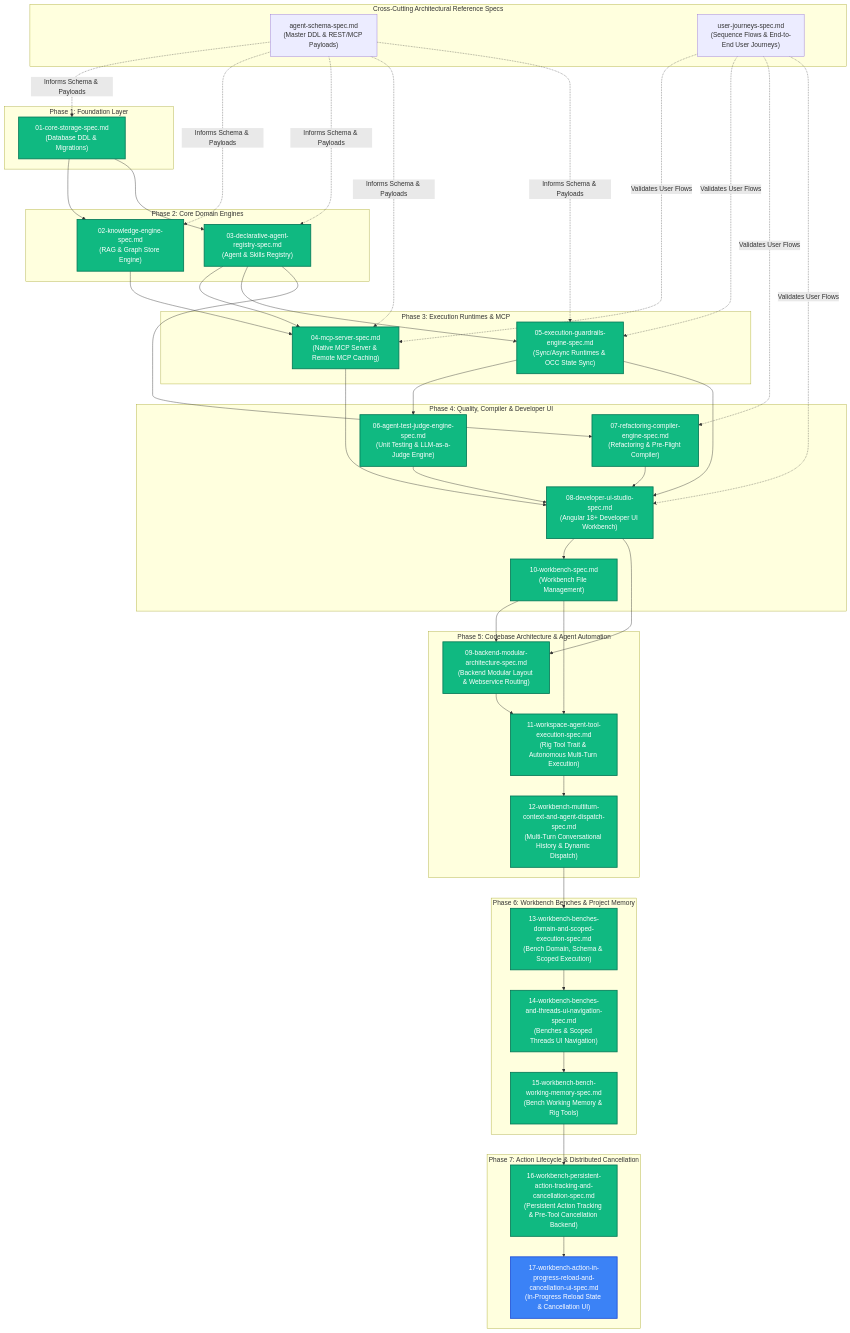
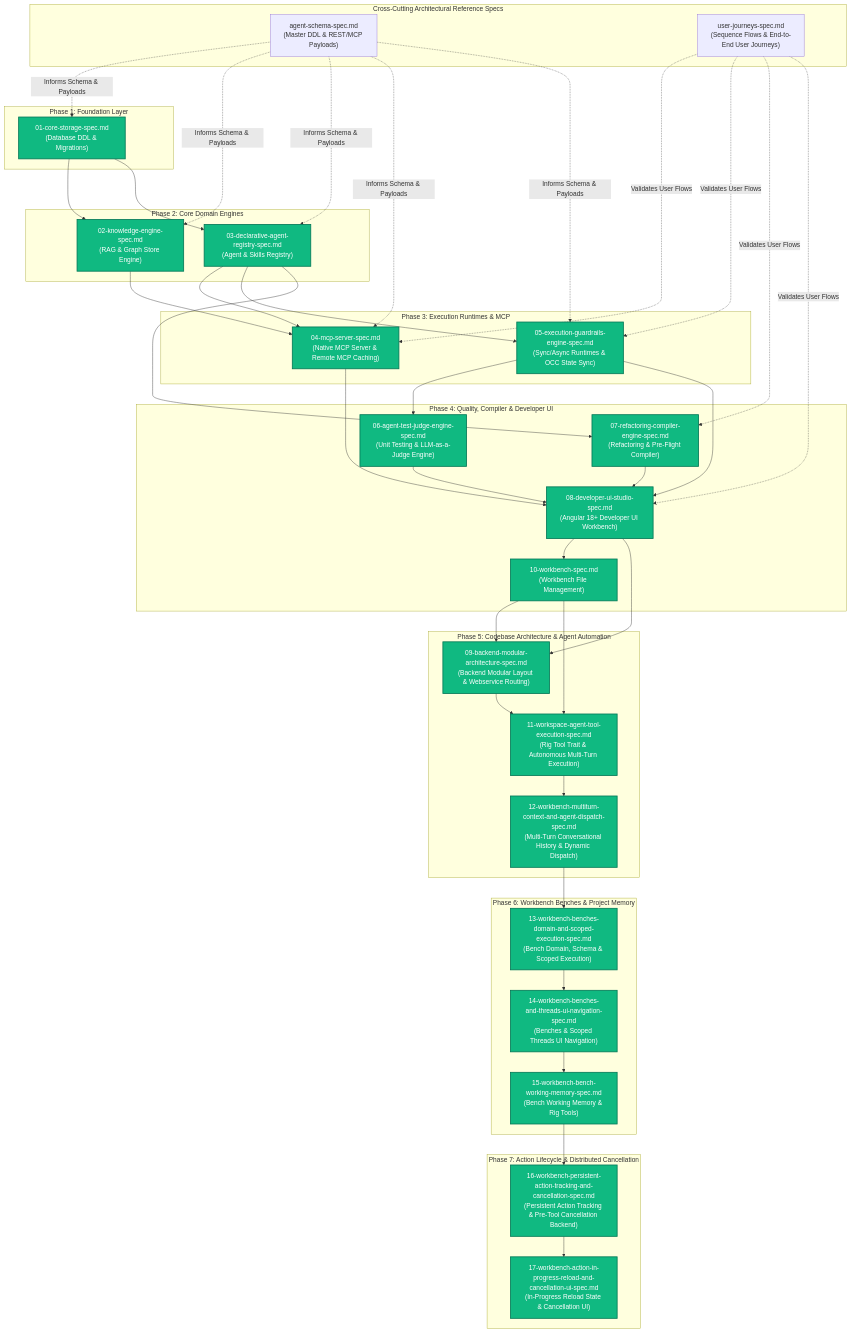
One commit to PolecatWorks/agent-as-data changed the diagram in spec/specs/README.md. Above: the diagram before and after it, drawn with Mermaid. The commit also changed other lines of this file and 5 other files, not shown here.

Commit message:
feat(spec-17): complete in-progress reload state and cancellation UI

```diff
--- a/spec/specs/README.md
+++ b/spec/specs/README.md
@@ -60,7 +60,7 @@
 
     subgraph Phase7 ["Phase 7: Action Lifecycle & Distributed Cancellation"]
         Spec16["16-workbench-persistent-action-tracking-and-cancellation-spec.md<br/>(Persistent Action Tracking & Pre-Tool Cancellation Backend)"]:::complete
-        Spec17["17-workbench-action-in-progress-reload-and-cancellation-ui-spec.md<br/>(In-Progress Reload State & Cancellation UI)"]:::draft
+        Spec17["17-workbench-action-in-progress-reload-and-cancellation-ui-spec.md<br/>(In-Progress Reload State & Cancellation UI)"]:::complete
     end
 
     classDef complete fill:#10B981,stroke:#047857,stroke-width:2px,color:#ffffff;
```
